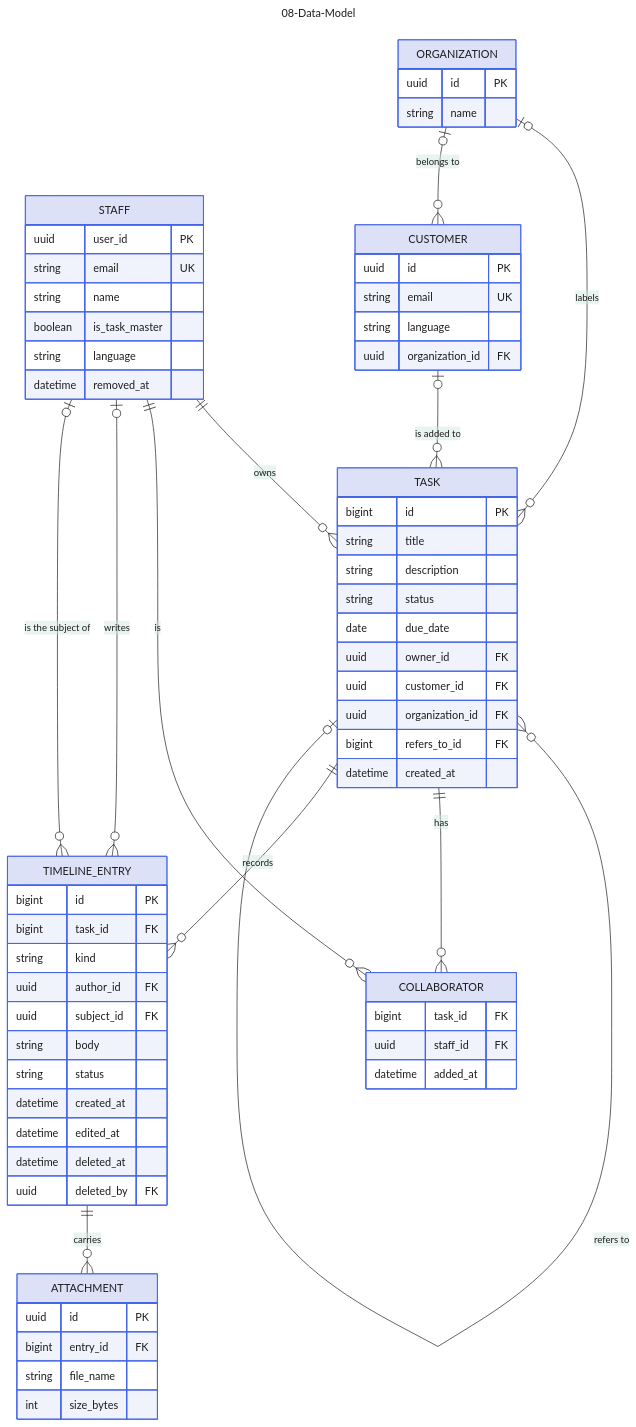
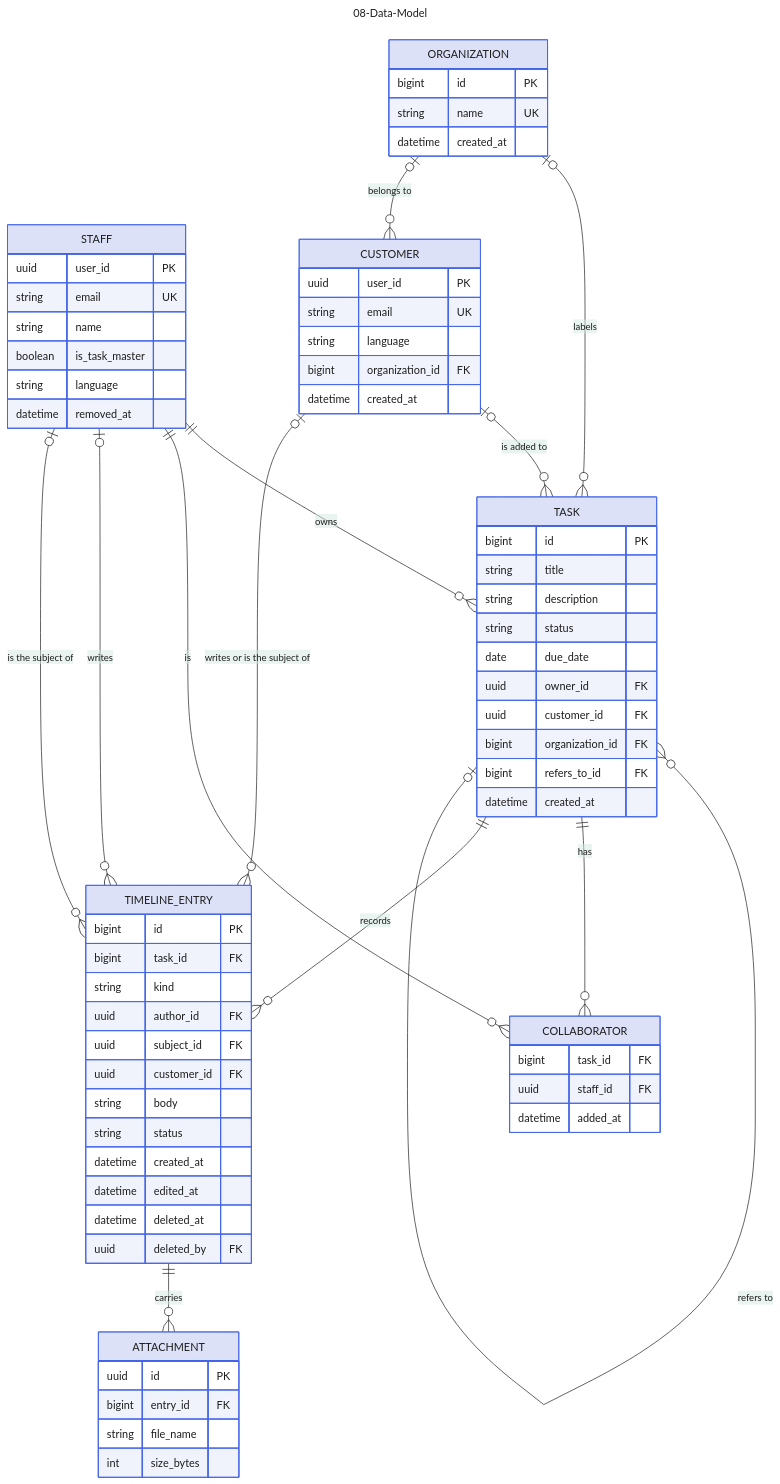
Before and after one commit to jedt3d/tasuku: the diagram in docs/diagram/08-Data-Model.md, drawn with Mermaid. The commit also changed other lines of this file and 8 other files, not shown here.

Commit message:
docs: sync the diagrams with Customers and Organizations (#7)

````diff
--- a/docs/diagram/08-Data-Model.md
+++ b/docs/diagram/08-Data-Model.md
@@ -86,14 +86,16 @@
     datetime removed_at
   }
   CUSTOMER {
-    uuid id PK
+    uuid user_id PK
     string email UK
     string language
-    uuid organization_id FK
+    bigint organization_id FK
+    datetime created_at
   }
   ORGANIZATION {
-    uuid id PK
-    string name
+    bigint id PK
+    string name UK
+    datetime created_at
   }
   TASK {
     bigint id PK
@@ -103,7 +105,7 @@
     date due_date
     uuid owner_id FK
     uuid customer_id FK
-    uuid organization_id FK
+    bigint organization_id FK
     bigint refers_to_id FK
     datetime created_at
   }
@@ -118,6 +120,7 @@
     string kind
     uuid author_id FK
     uuid subject_id FK
+    uuid customer_id FK
     string body
     string status
     datetime created_at
@@ -141,5 +144,6 @@
   TASK ||--o{ TIMELINE_ENTRY : records
   STAFF |o--o{ TIMELINE_ENTRY : writes
   STAFF |o--o{ TIMELINE_ENTRY : "is the subject of"
+  CUSTOMER |o--o{ TIMELINE_ENTRY : "writes or is the subject of"
   TIMELINE_ENTRY ||--o{ ATTACHMENT : carries
 ```
````
